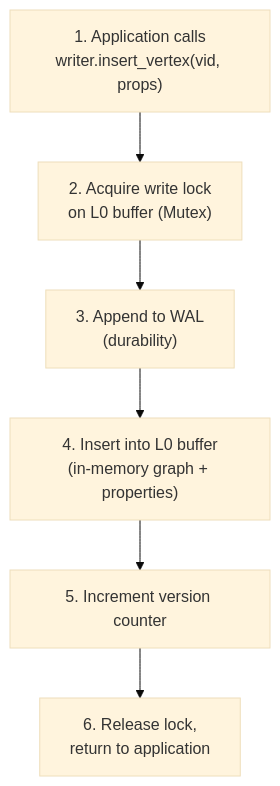
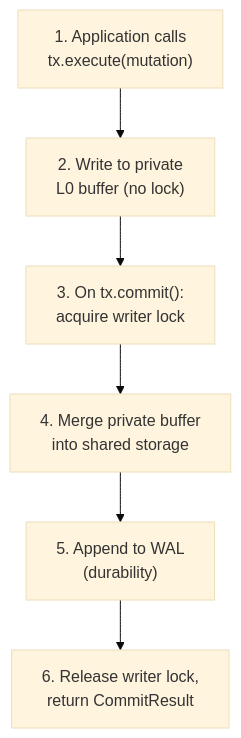
One commit to milliondreams/uni-db changed the second of 5 diagrams in website/docs/concepts/concurrency.md. Above: the diagram before and after it, drawn with Mermaid (base theme). The commit also changed other lines of this file and 44 other files, not shown here.

````diff
--- a/website/docs/concepts/concurrency.md
+++ b/website/docs/concepts/concurrency.md
@@ -70,11 +72,11 @@
 ```mermaid
 flowchart TB
-    A["1. Application calls<br/>writer.insert_vertex(vid, props)"]
-    B["2. Acquire write lock<br/>on L0 buffer (Mutex)"]
-    C["3. Append to WAL<br/>(durability)"]
-    D["4. Insert into L0 buffer<br/>(in-memory graph + properties)"]
-    E["5. Increment version counter"]
-    F["6. Release lock,<br/>return to application"]
+    A["1. Application calls<br/>tx.execute(mutation)"]
+    B["2. Write to private<br/>L0 buffer (no lock)"]
+    C["3. On tx.commit():<br/>acquire writer lock"]
+    D["4. Merge private buffer<br/>into shared storage"]
+    E["5. Append to WAL<br/>(durability)"]
+    F["6. Release writer lock,<br/>return CommitResult"]
 
     A --> B --> C --> D --> E --> F
 ```
````
